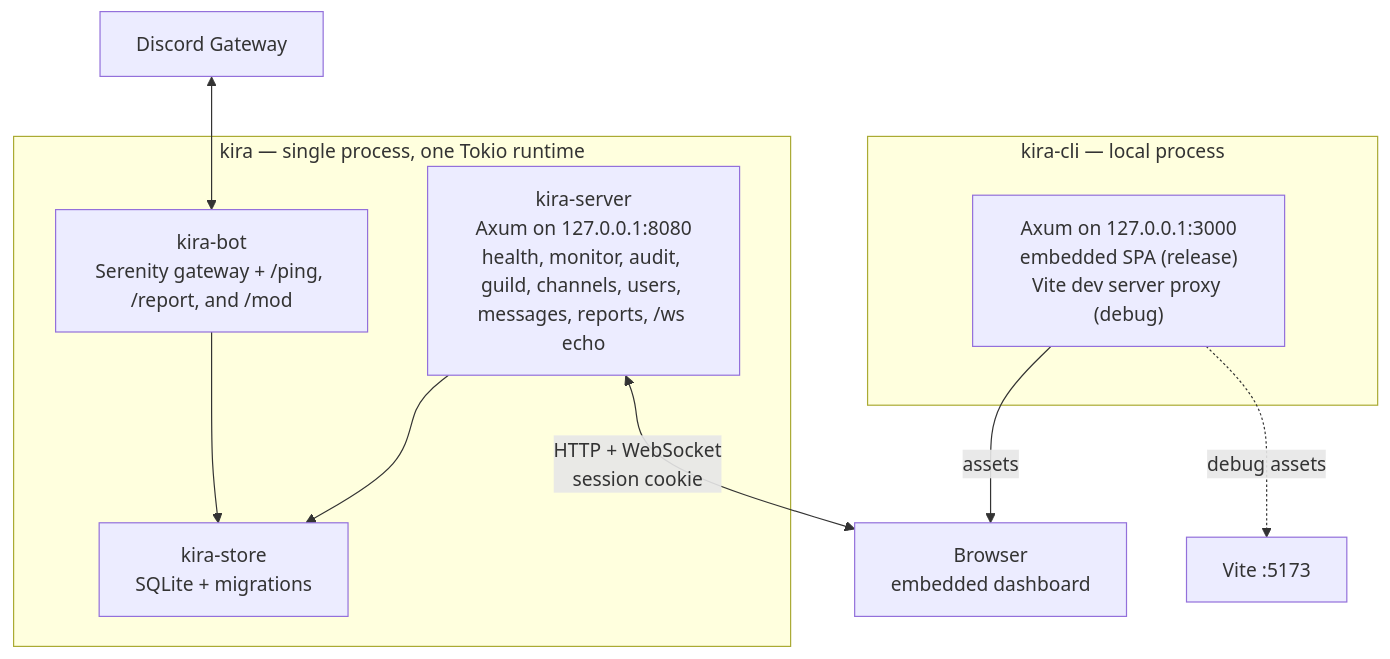
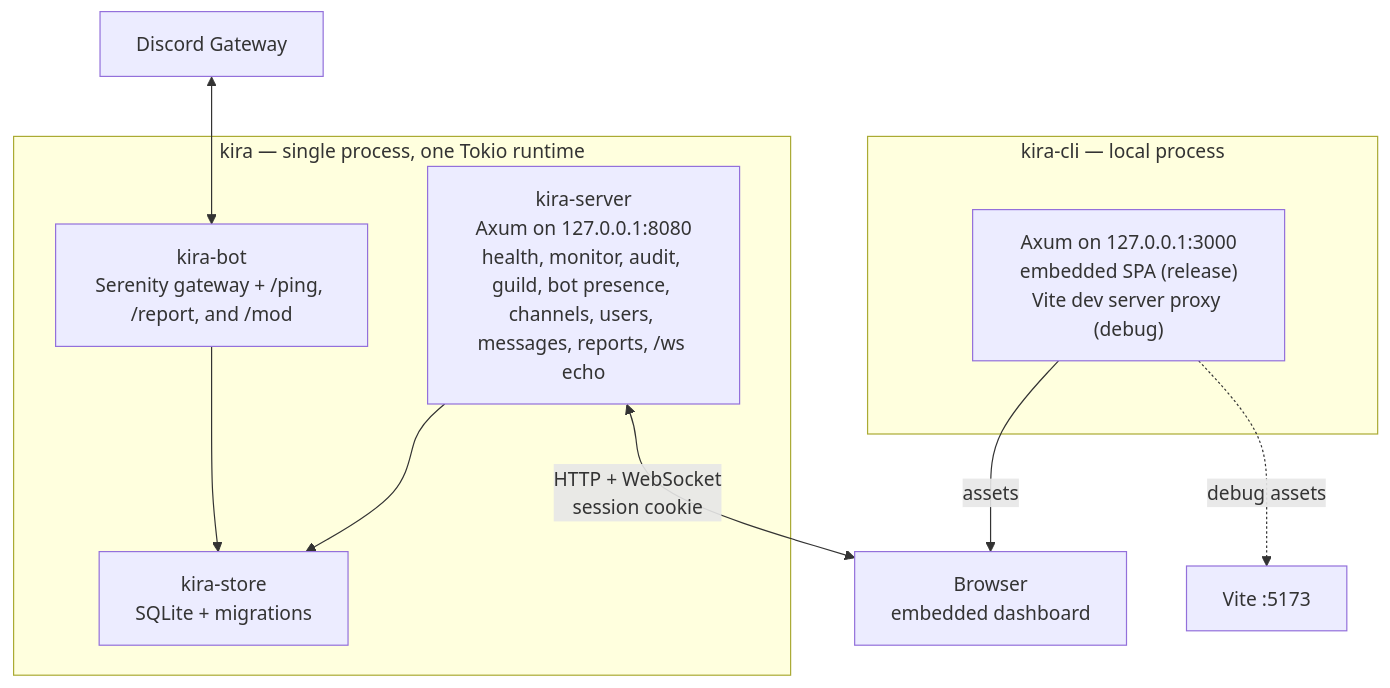
The first of 2 diagrams in docs/ARCHITECTURE.md (merzen-sh/kira), drawn with Mermaid before and after one commit. The commit also changed 44 other files, not shown here.

First line of the commit message:
feat: add Discord bot presence management (#40)

````diff
--- a/docs/ARCHITECTURE.md
+++ b/docs/ARCHITECTURE.md
@@ -23,23 +23,23 @@
 ```mermaid
 flowchart TB
     GW["Discord Gateway"]
 
     subgraph KIRA["kira — single process, one Tokio runtime"]
         BOT["kira-bot<br/>Serenity gateway + /ping, /report, and /mod"]
-        SERVER["kira-server<br/>Axum on 127.0.0.1:8080<br/>health, monitor, audit, guild, channels, users, messages, reports, /ws echo"]
+        SERVER["kira-server<br/>Axum on 127.0.0.1:8080<br/>health, monitor, audit, guild, bot presence, channels, users, messages, reports, /ws echo"]
         STORE["kira-store<br/>SQLite + migrations"]
     end
 
     subgraph LOCAL["kira-cli — local process"]
         CLI["Axum on 127.0.0.1:3000<br/>embedded SPA (release)<br/>Vite dev server proxy (debug)"]
     end
 
     BROWSER["Browser<br/>embedded dashboard"]
 
     GW <--> BOT
     BOT --> STORE
     SERVER --> STORE
     SERVER <-->|"HTTP + WebSocket<br/>session cookie"| BROWSER
     CLI -->|"assets"| BROWSER
     CLI -.->|"debug assets"| VITE["Vite :5173"]
 ```
````
